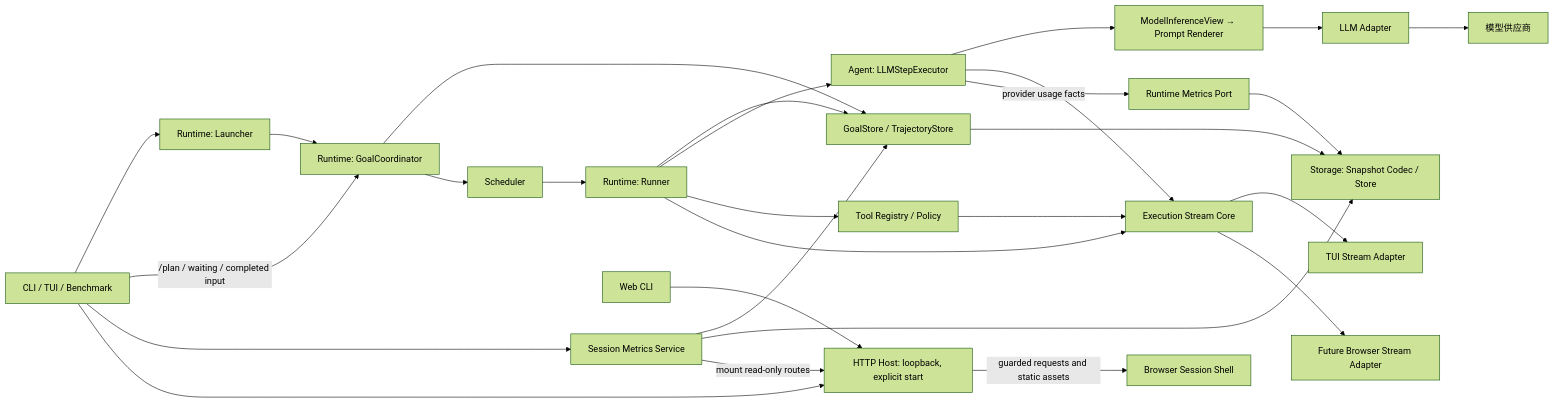
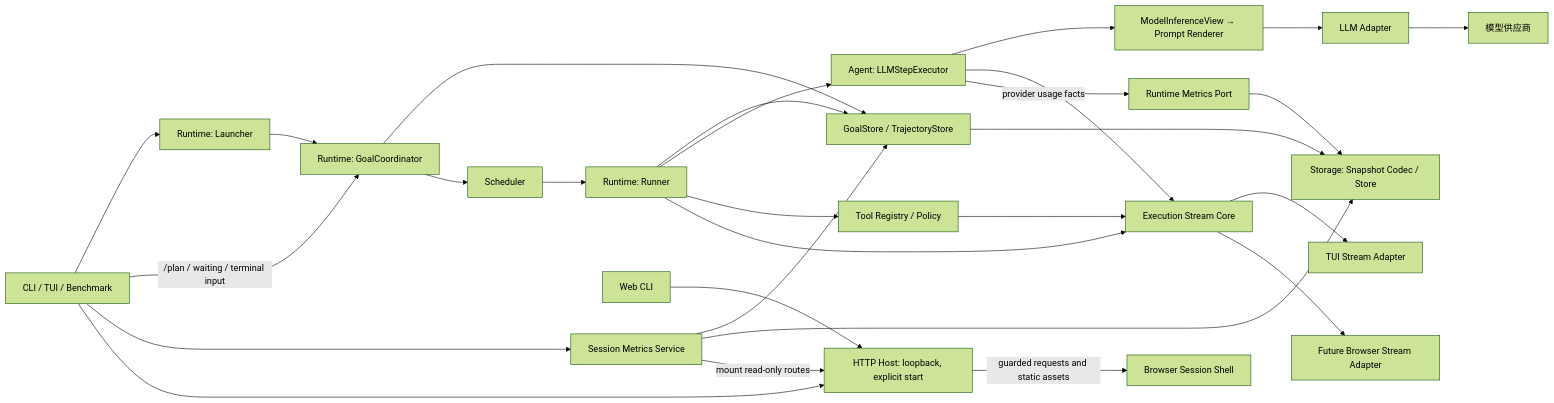
Before and after one commit to ccasJay/LazyGoal: the diagram in docs/architecture/README.md, drawn with Mermaid (forest theme). The commit also changed other lines of this file and 28 other files, not shown here.

````diff
--- a/docs/architecture/README.md
+++ b/docs/architecture/README.md
@@ -21,30 +21,30 @@
 ```mermaid
 flowchart LR
     C[CLI / TUI / Benchmark] --> L[Runtime: Launcher]
     L --> G[Runtime: GoalCoordinator]
-    C -->|/plan / waiting / completed input| G
+    C -->|/plan / waiting / terminal input| G
     G --> S[GoalStore / TrajectoryStore]
     G --> Q[Scheduler]
     Q --> R[Runtime: Runner]
     R --> S
     R --> E[Agent: LLMStepExecutor]
     E --> V[ModelInferenceView → Prompt Renderer]
     V --> A[LLM Adapter]
     A --> M[模型供应商]
     S --> ST[Storage: Snapshot Codec / Store]
     R --> T[Tool Registry / Policy]
     R --> X[Execution Stream Core]
     E --> X
     T --> X
     X --> U[TUI Stream Adapter]
     X --> W[Future Browser Stream Adapter]
     E -->|provider usage facts| MS[Runtime Metrics Port]
     MS --> ST
     C --> MC[Session Metrics Service]
     MC --> S
     MC --> ST
     C --> H[HTTP Host: loopback, explicit start]
     MC -->|mount read-only routes| H
     WC[Web CLI] --> H
     H -->|guarded requests and static assets| BW[Browser Session Shell]
 ```
````
